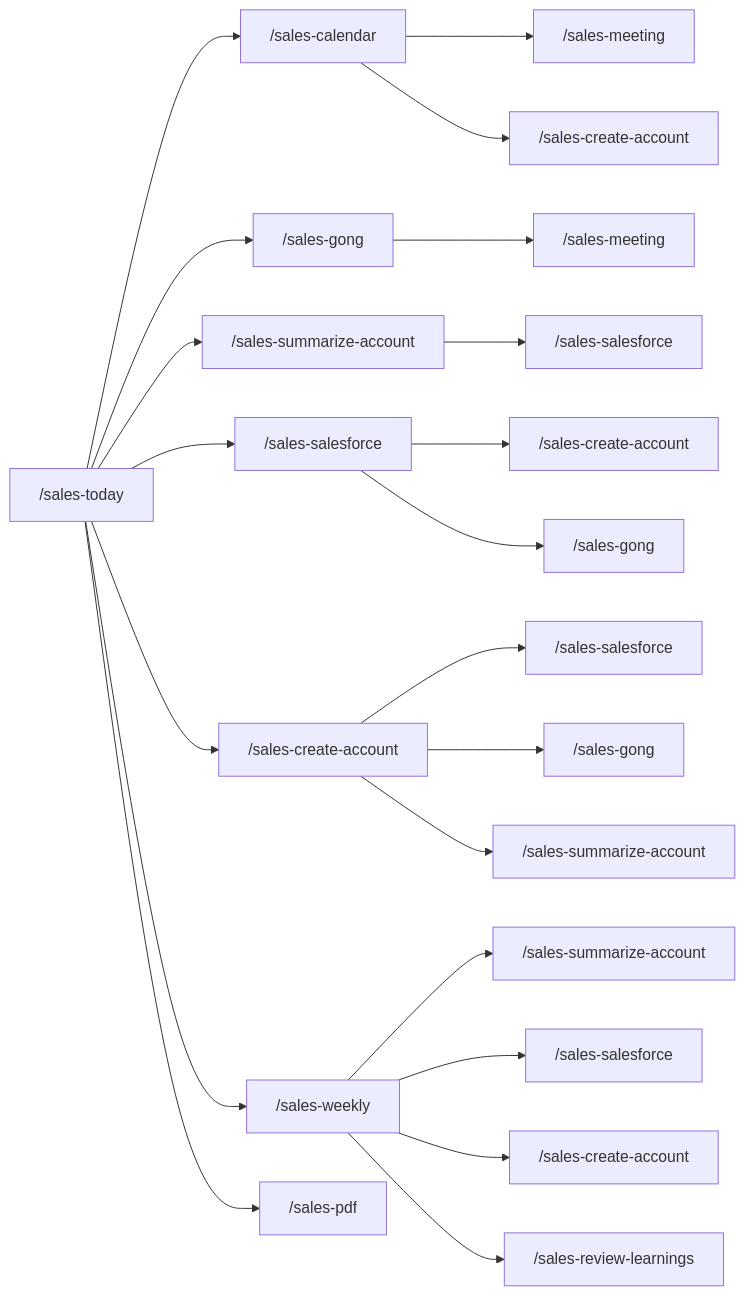
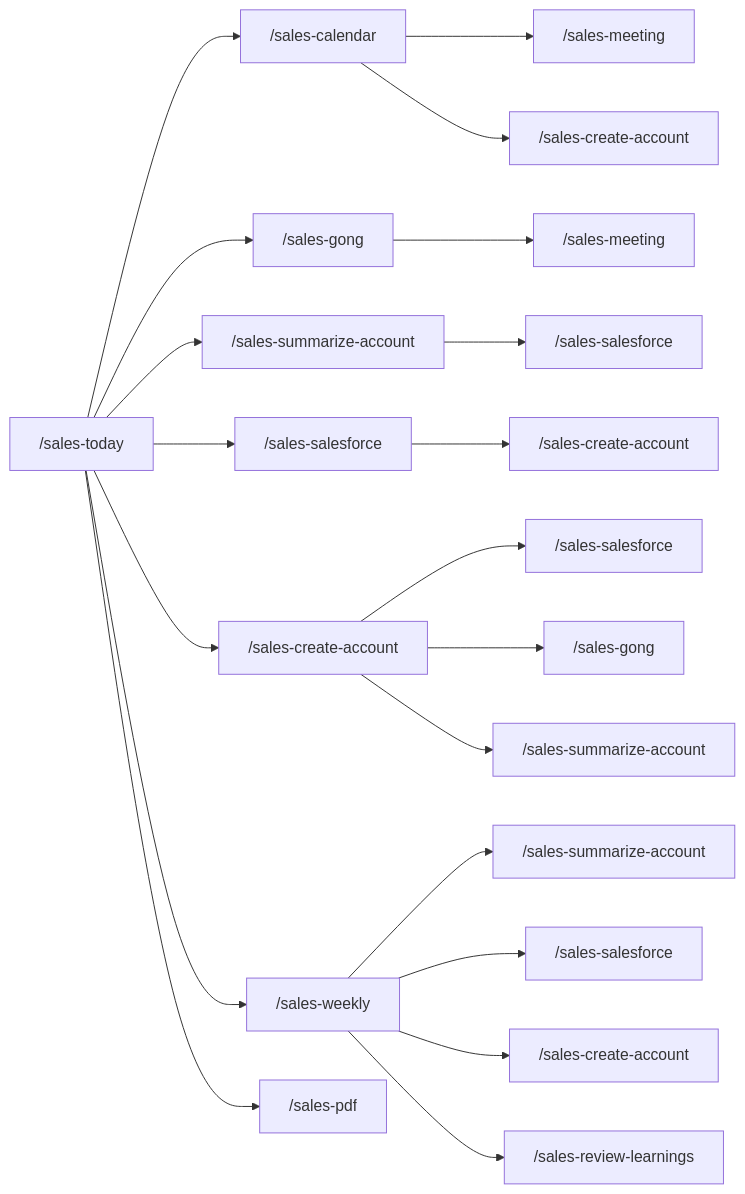
Before and after one commit to yeutterg/claude-code-sales-skills: the diagram in README.md, drawn with Mermaid. The commit also changed other lines of this file and 3 other files, not shown here.

````diff
--- a/README.md
+++ b/README.md
@@ -225,24 +139,23 @@
 ```mermaid
 graph LR
     today["/sales-today"] --> calendar["/sales-calendar"]
     today --> gong1["/sales-gong"]
     today --> summarize1["/sales-summarize-account"]
     today --> salesforce1["/sales-salesforce"]
     today --> create1["/sales-create-account"]
     today --> weekly["/sales-weekly"]
     today --> pdf["/sales-pdf"]
 
     calendar --> meeting1["/sales-meeting"]
     calendar --> create2["/sales-create-account"]
+    create1 --> salesforce3["/sales-salesforce"]
+    create1 --> gong2["/sales-gong"]
+    create1 --> summarize3["/sales-summarize-account"]
     gong1 --> meeting2["/sales-meeting"]
+    summarize1 --> salesforce4["/sales-salesforce"]
+    salesforce1 --> create4["/sales-create-account"]
     weekly --> summarize2["/sales-summarize-account"]
     weekly --> salesforce2["/sales-salesforce"]
     weekly --> create3["/sales-create-account"]
     weekly --> review["/sales-review-learnings"]
-    create1 --> salesforce3["/sales-salesforce"]
-    create1 --> gong2["/sales-gong"]
-    create1 --> summarize3["/sales-summarize-account"]
-    summarize1 --> salesforce4["/sales-salesforce"]
-    salesforce1 --> create4["/sales-create-account"]
-    salesforce1 --> gong3["/sales-gong"]
 ```
````
